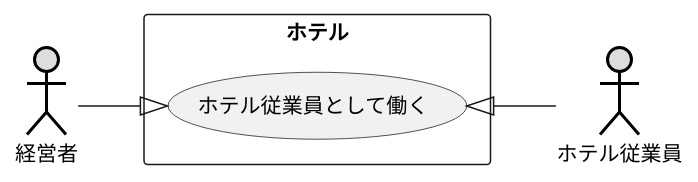
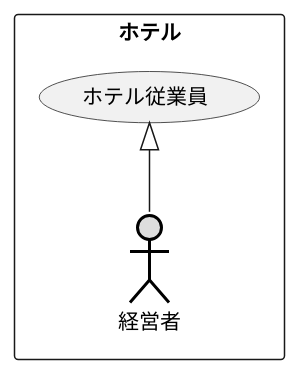
Before and after one commit to Takhshi/uml-introduction: the diagram in 演習2-2_ホテル従業員.pu, drawn with PlantUML. The commit also changed 4 other files, not shown here.

```diff
--- a/演習2-2_ホテル従業員.pu
+++ b/演習2-2_ホテル従業員.pu
@@ -1,10 +1,7 @@
 @startuml 演習2-2
-left to right direction
+rectangle ホテル {
 actor 経営者 #DDDDDD;line:black;line.bold;
-actor ホテル従業員 #DDDDDD;line:black;line.bold;
-rectangle ホテル {
-usecase ホテル従業員として働く
+usecase ホテル従業員
 }
-経営者 --|> ホテル従業員として働く
-ホテル従業員として働く <|-- ホテル従業員
+ホテル従業員 <|-- 経営者
 @enduml
```
